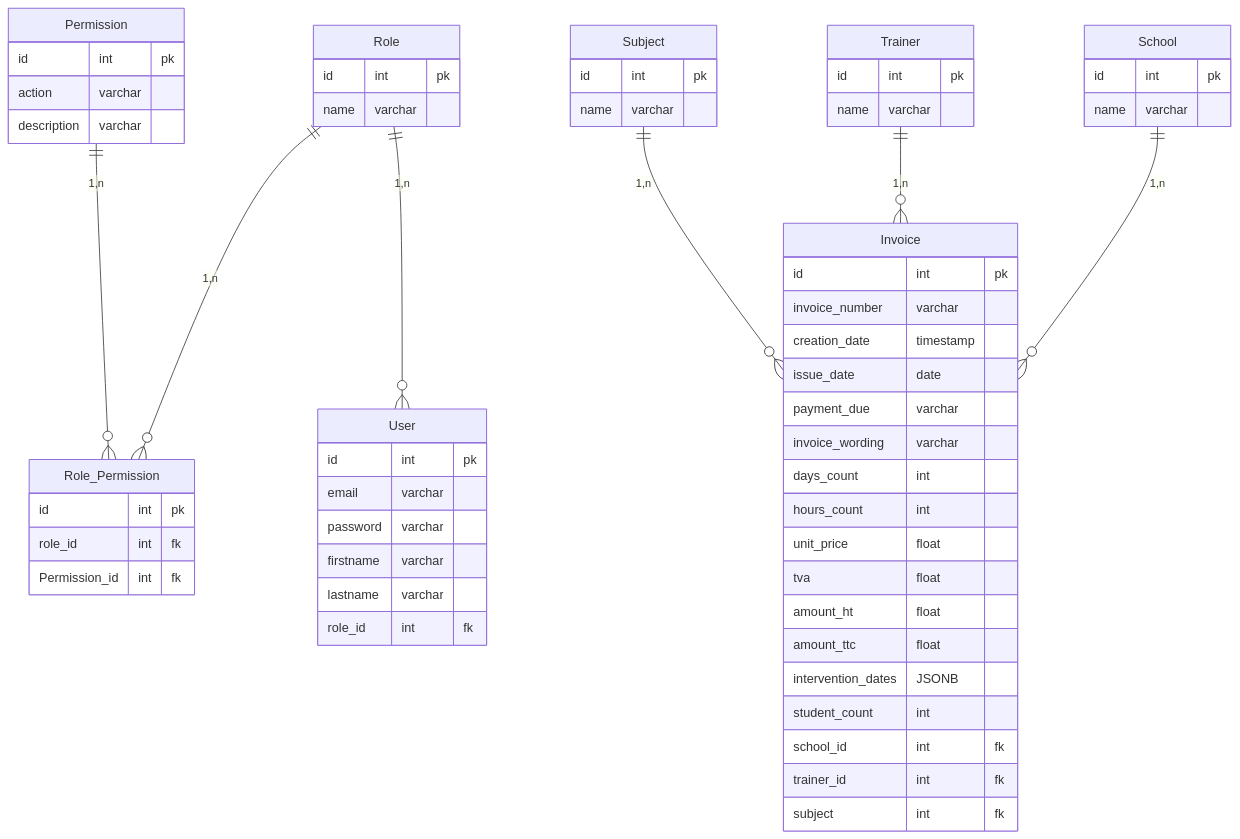
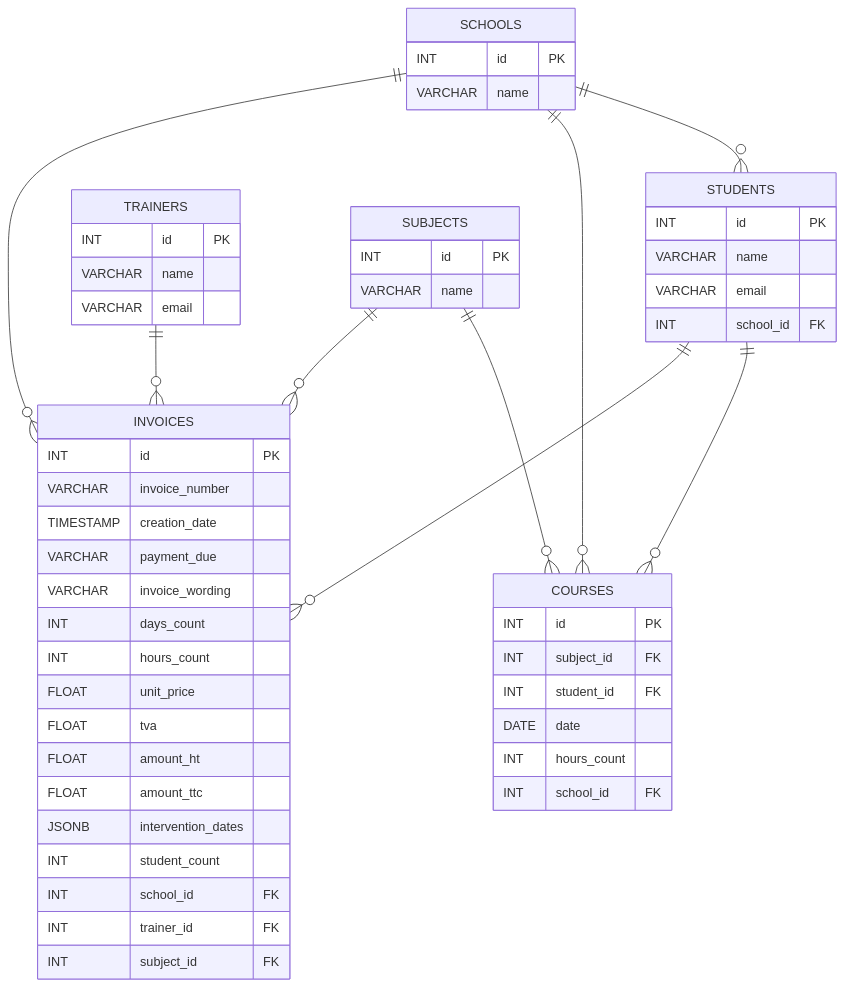
Before and after one commit to Antoine07/Projet-rpa: the diagram in README.md, drawn with Mermaid. The commit also changed 1 other file, not shown here.

Commit message:
schéma des tables fixés

`````diff
--- a/README.md
+++ b/README.md
@@ -64,62 +64,65 @@
 ```mermaid
 erDiagram
-Role{
-    id int pk
-    name varchar
-}
-Permission{
-    id int pk
-    action varchar
-    description varchar
-}
-Role_Permission{
-    id int pk
-    role_id int fk
-    Permission_id int fk
-}
-User{
-    id int pk
-    email varchar
-    password varchar
-    firstname varchar
-    lastname varchar
-    role_id int fk
-}
-School{
-    id int pk
-    name varchar
-}
-Trainer{
-    id int pk
-    name varchar
-}
-Subject{
-    id int pk
-    name varchar
-}
-Invoice{
-    id int pk
-    invoice_number varchar
-    creation_date timestamp 
-    issue_date date
-    payment_due varchar
-    invoice_wording varchar
-    days_count int
-    hours_count int
-    unit_price float
-    tva float
-    amount_ht float
-    amount_ttc float
-    intervention_dates JSONB
-    student_count int
-    school_id int fk
-    trainer_id int fk
-    subject int fk
-}
-Role ||--o{ Role_Permission : "1,n"
-Permission ||--o{ Role_Permission : "1,n"
-Role ||--o{ User : "1,n"
-School ||--o{ Invoice : "1,n"
-Trainer ||--o{ Invoice : "1,n"
-Subject ||--o{ Invoice : "1,n"
+    SCHOOLS {
+        INT id PK
+        VARCHAR name
+    }
+    
+    STUDENTS {
+        INT id PK
+        VARCHAR name
+        VARCHAR email
+        INT school_id FK
+    }
+
+    TRAINERS {
+        INT id PK
+        VARCHAR name
+        VARCHAR email
+    }
+
+    SUBJECTS {
+        INT id PK
+        VARCHAR name
+    }
+
+    COURSES {
+        INT id PK
+        INT subject_id FK
+        INT student_id FK
+        DATE date
+        INT hours_count
+        INT school_id FK
+    }
+
+    INVOICES {
+        INT id PK
+        VARCHAR invoice_number
+        TIMESTAMP creation_date
+        VARCHAR payment_due
+        VARCHAR invoice_wording
+        INT days_count
+        INT hours_count
+        FLOAT unit_price
+        FLOAT tva
+        FLOAT amount_ht
+        FLOAT amount_ttc
+        JSONB intervention_dates
+        INT student_count
+        INT school_id FK
+        INT trainer_id FK
+        INT subject_id FK
+    }
+
+    SCHOOLS ||--o{ STUDENTS: ""
+    SCHOOLS ||--o{ COURSES: ""
+    SCHOOLS ||--o{ INVOICES: ""
+
+    STUDENTS ||--o{ COURSES: ""
+    STUDENTS ||--o{ INVOICES: ""
+
+    TRAINERS ||--o{ INVOICES: ""
+
+    SUBJECTS ||--o{ COURSES: ""
+    SUBJECTS ||--o{ INVOICES: ""
 ````
`````
